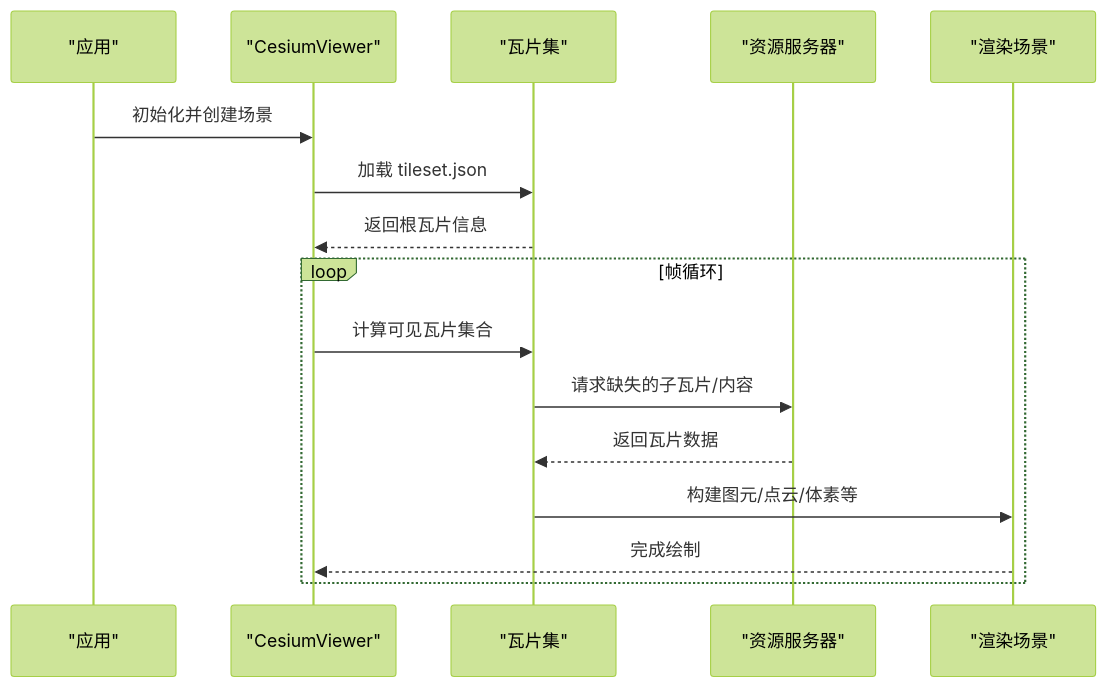
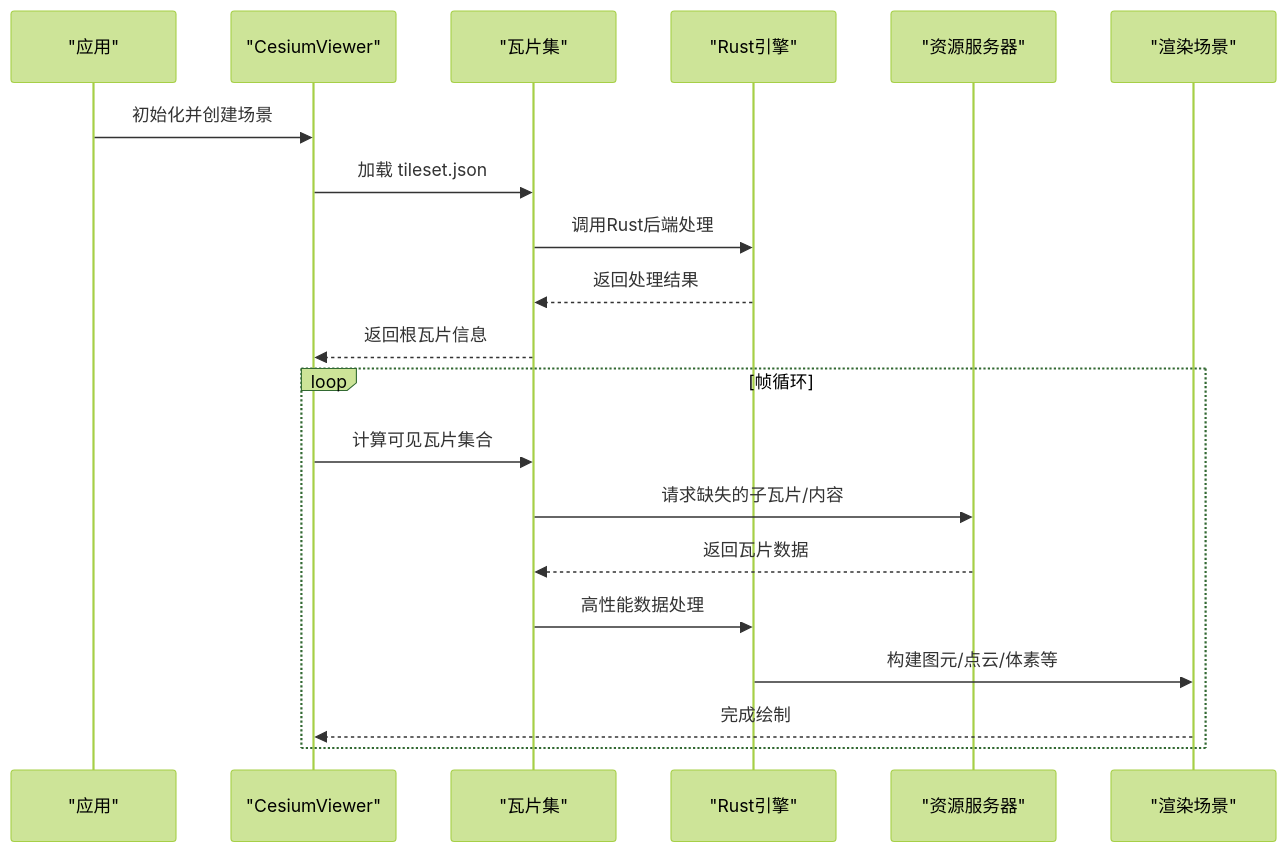
The second of 9 diagrams in .qoder/repowiki/zh/content/项目概述/核心特性/3D数据格式支持/3D Tiles标准支持/瓦片集管理.md (rzhangjing/cesium), drawn with Mermaid (forest theme) before and after one commit. The commit also changed other lines of this file and 30 other files, not shown here.

````diff
--- a/.qoder/repowiki/zh/content/项目概述/核心特性/3D数据格式支持/3D Tiles标准支持/瓦片集管理.md
+++ b/.qoder/repowiki/zh/content/项目概述/核心特性/3D数据格式支持/3D Tiles标准支持/瓦片集管理.md
@@ -116,18 +138,22 @@
 ```mermaid
 sequenceDiagram
 participant App as "应用"
 participant Viewer as "CesiumViewer"
 participant Tileset as "瓦片集"
+participant RustEngine as "Rust引擎"
 participant Server as "资源服务器"
 participant Scene as "渲染场景"
 App->>Viewer : 初始化并创建场景
 Viewer->>Tileset : 加载 tileset.json
+Tileset->>RustEngine : 调用Rust后端处理
+RustEngine-->>Tileset : 返回处理结果
 Tileset-->>Viewer : 返回根瓦片信息
 loop 帧循环
 Viewer->>Tileset : 计算可见瓦片集合
 Tileset->>Server : 请求缺失的子瓦片/内容
 Server-->>Tileset : 返回瓦片数据
-Tileset->>Scene : 构建图元/点云/体素等
+Tileset->>RustEngine : 高性能数据处理
+RustEngine->>Scene : 构建图元/点云/体素等
 Scene-->>Viewer : 完成绘制
 end
 ```
````
